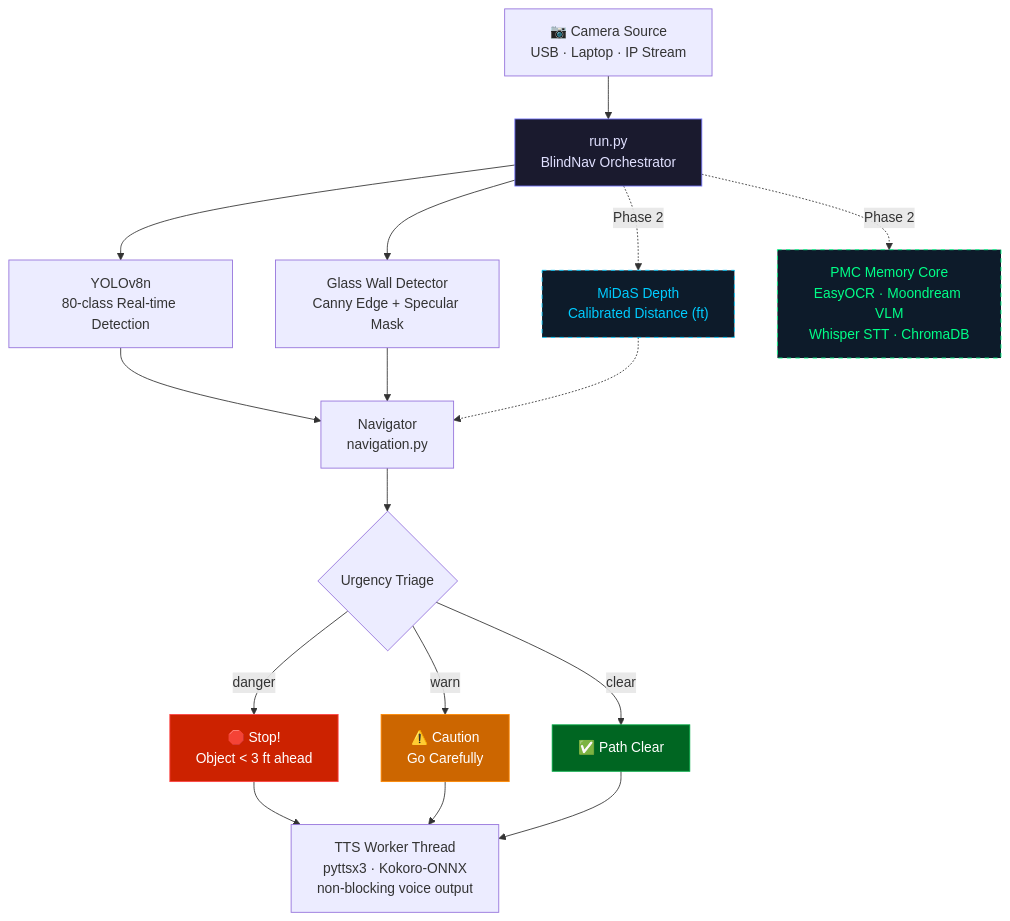
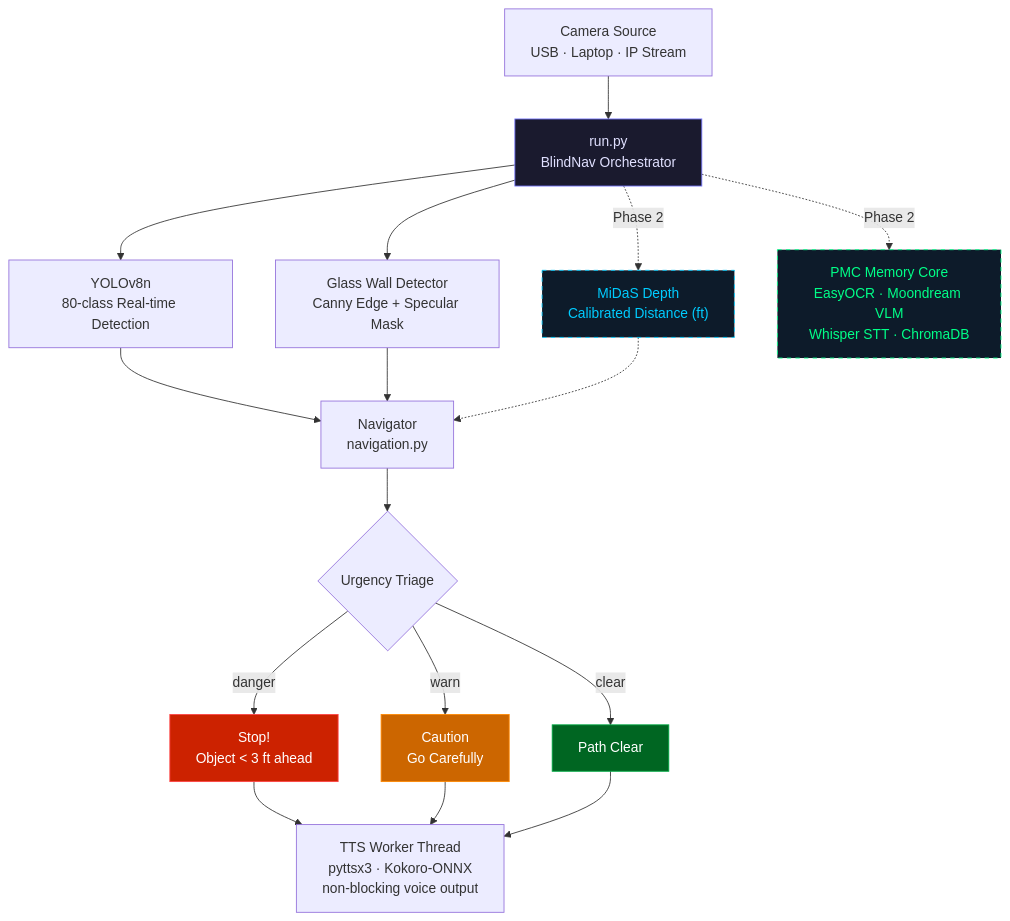
Before and after one commit to CyberShadowSensei/Augen: the diagram in blind-nav/README.md, drawn with Mermaid. The commit also changed other lines of this file and 2 other files, not shown here.

Commit message:
docs: Remove all emojis from documentation and diagrams

````diff
--- a/blind-nav/README.md
+++ b/blind-nav/README.md
@@ -40,32 +40,32 @@
 ```mermaid
 flowchart TD
-    A["📷 Camera Source\nUSB · Laptop · IP Stream"] --> B["run.py\nBlindNav Orchestrator"]
+    A["Camera Source\nUSB · Laptop · IP Stream"] --> B["run.py\nBlindNav Orchestrator"]
 
     B --> C["YOLOv8n\n80-class Real-time Detection"]
     B --> D["Glass Wall Detector\nCanny Edge + Specular Mask"]
 
     C --> E["Navigator\nnavigation.py"]
     D --> E
 
     E --> F{"Urgency Triage"}
 
-    F -->|danger| G["🛑 Stop!\nObject < 3 ft ahead"]
-    F -->|warn| H["⚠️ Caution\nGo Carefully"]
-    F -->|clear| I["✅ Path Clear"]
+    F -->|danger| G["Stop!\nObject < 3 ft ahead"]
+    F -->|warn| H["Caution\nGo Carefully"]
+    F -->|clear| I["Path Clear"]
 
     G --> J["TTS Worker Thread\npyttsx3 · Kokoro-ONNX\nnon-blocking voice output"]
     H --> J
     I --> J
 
     B -.->|"Phase 2"| K["MiDaS Depth\nCalibrated Distance (ft)"]
     K -.-> E
 
     B -.->|"Phase 2"| L["PMC Memory Core\nEasyOCR · Moondream VLM\nWhisper STT · ChromaDB"]
 
     style G fill:#cc2200,color:#ffffff,stroke:#ff4444
     style H fill:#cc6600,color:#ffffff,stroke:#ff8800
     style I fill:#006622,color:#ffffff,stroke:#00aa44
     style K fill:#0d1b2a,color:#00ccff,stroke:#00ccff,stroke-dasharray:5
     style L fill:#0d1b2a,color:#00ff88,stroke:#00ff88,stroke-dasharray:5
     style B fill:#1a1a2e,color:#e0e0ff,stroke:#7777ff
 ```
````
